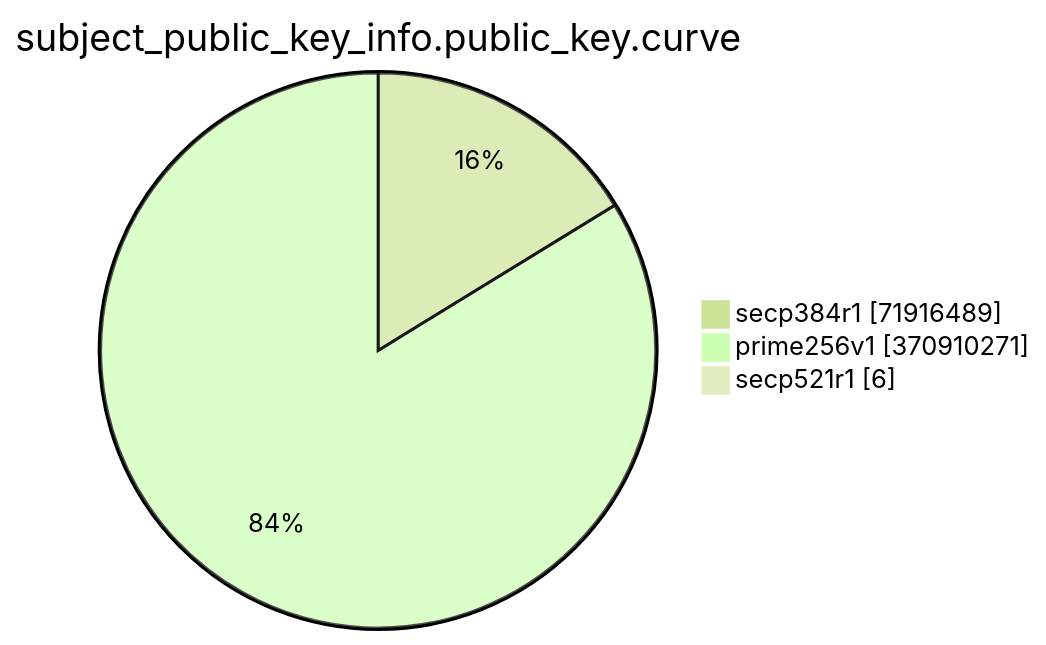
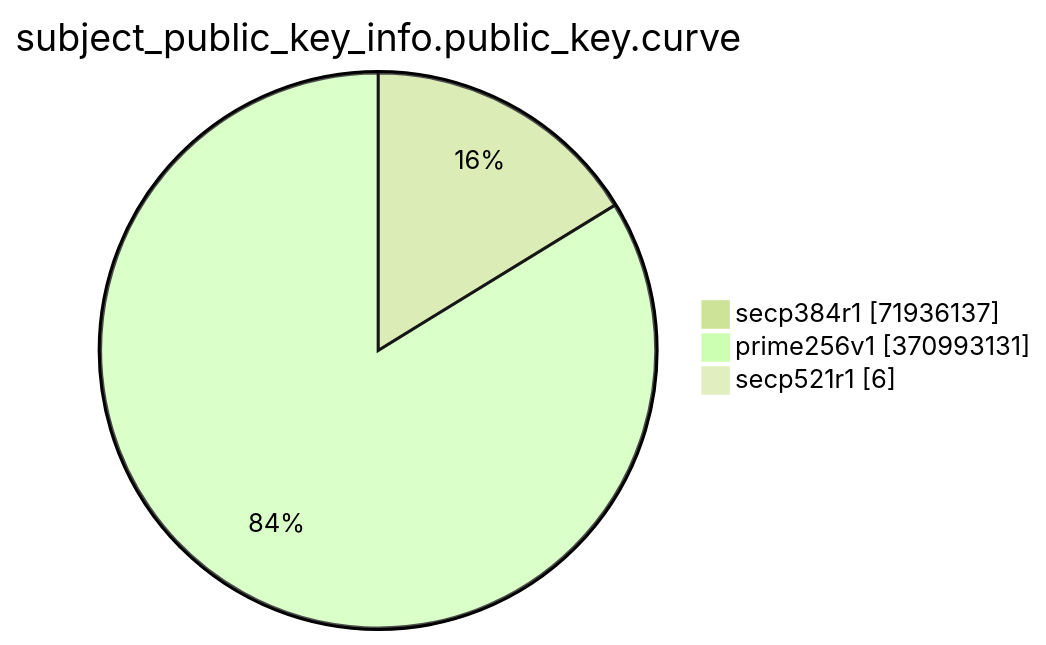
The eighth of 15 diagrams in TOTAL/README.md (christiankrug/ctmonitor_visualization), drawn with Mermaid (forest theme) before and after one commit. The commit also changed other lines of this file, not shown here.

````diff
--- a/TOTAL/README.md
+++ b/TOTAL/README.md
@@ -3092,7 +3092,7 @@
 ```mermaid
 pie showData
 title subject_public_key_info.public_key.curve
-"secp384r1" :71916489
-"prime256v1" :370910271
+"secp384r1" :71936137
+"prime256v1" :370993131
 "secp521r1" :6
 ```
````
